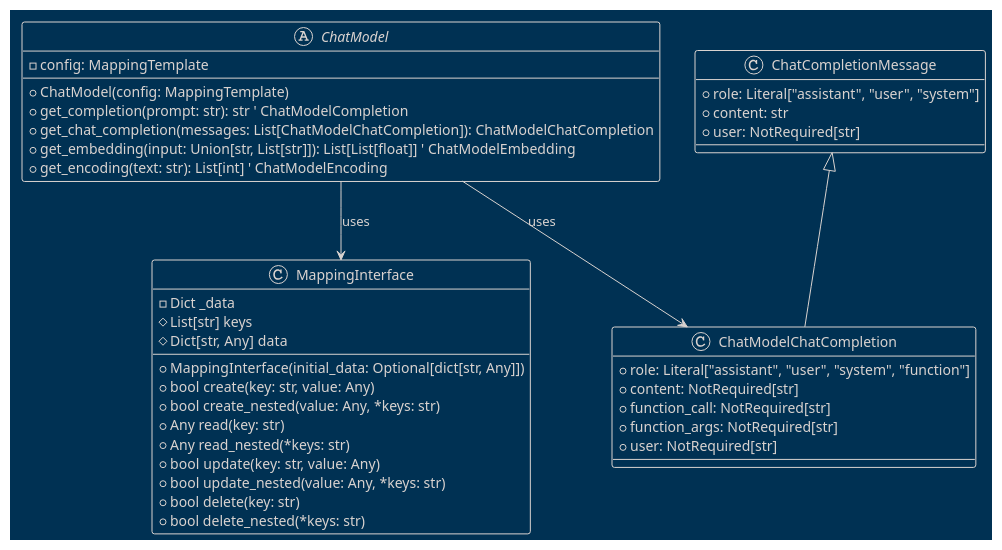
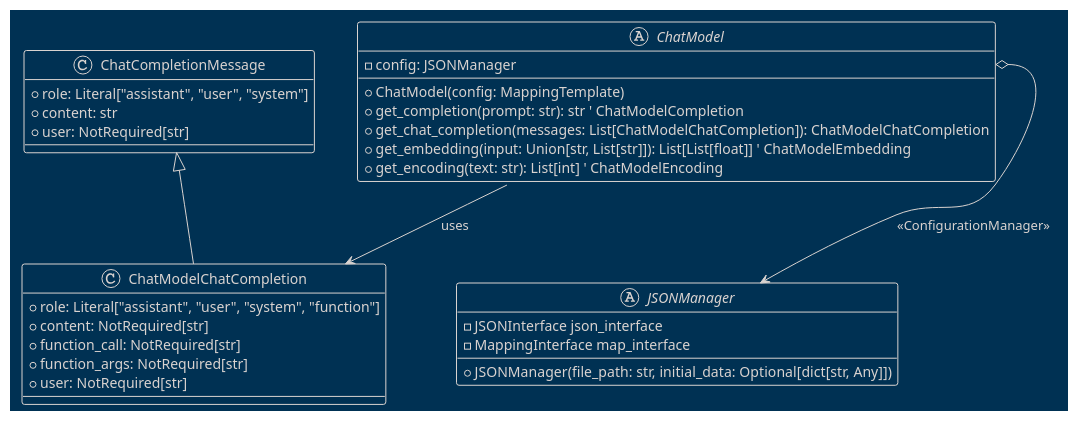
Before and after one commit to teleprint-me/py.gpt.prompt: the diagram in docs/diagrams/plantuml/chat_model.puml, drawn with PlantUML.

Commit message:
refactor: Update ChatModel outline and relationships

```diff
--- a/docs/diagrams/plantuml/chat_model.puml
+++ b/docs/diagrams/plantuml/chat_model.puml
@@ -1,47 +1,38 @@
 @startuml ChatModel
 !theme blueprint
 
 ' docs/diagrams/plantuml/chat_model.puml
 
-class MappingInterface {
-    - Dict _data
-    + MappingInterface(initial_data: Optional[dict[str, Any]])
-    # List[str] keys
-    # Dict[str, Any] data
-    + bool create(key: str, value: Any)
-    + bool create_nested(value: Any, *keys: str)
-    + Any read(key: str)
-    + Any read_nested(*keys: str)
-    + bool update(key: str, value: Any)
-    + bool update_nested(value: Any, *keys: str)
-    + bool delete(key: str)
-    + bool delete_nested(*keys: str)
+abstract class JSONManager {
+    - JSONInterface json_interface
+    - MappingInterface map_interface
+    + JSONManager(file_path: str, initial_data: Optional[dict[str, Any]])
 }
 
 class ChatCompletionMessage {
     + role: Literal["assistant", "user", "system"]
     + content: str
     + user: NotRequired[str]
 }
 
 class ChatModelChatCompletion extends ChatCompletionMessage {
     + role: Literal["assistant", "user", "system", "function"]
     + content: NotRequired[str]
     + function_call: NotRequired[str]
     + function_args: NotRequired[str]
     + user: NotRequired[str]
 }
 
 abstract class ChatModel {
-    - config: MappingTemplate
+    - config: JSONManager
     + ChatModel(config: MappingTemplate)
     + get_completion(prompt: str): str ' ChatModelCompletion
     + get_chat_completion(messages: List[ChatModelChatCompletion]): ChatModelChatCompletion
     + get_embedding(input: Union[str, List[str]]): List[List[float]] ' ChatModelEmbedding
     + get_encoding(text: str): List[int] ' ChatModelEncoding
 }
 
-ChatModel --> MappingInterface : uses
+ChatModel::config o--> JSONManager : <<ConfigurationManager>>
 ChatModel --> ChatModelChatCompletion : uses
 
 @enduml
```
